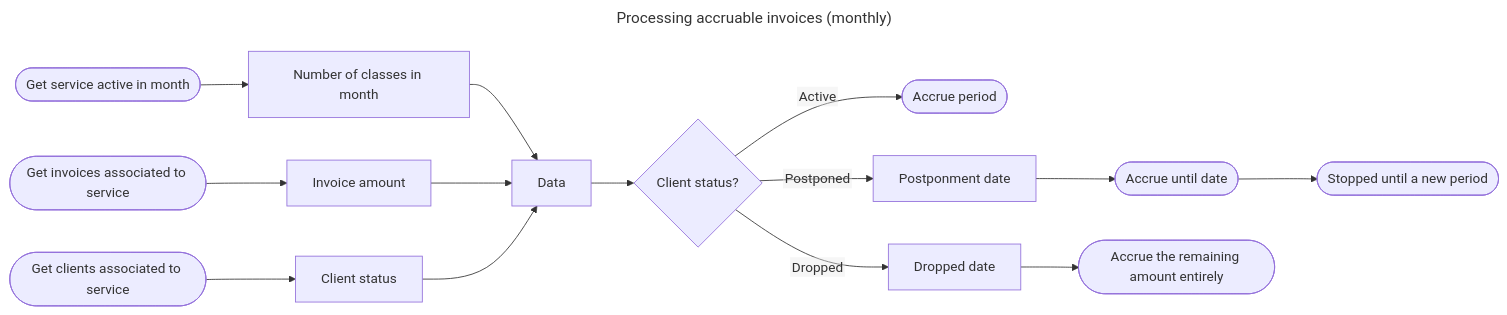
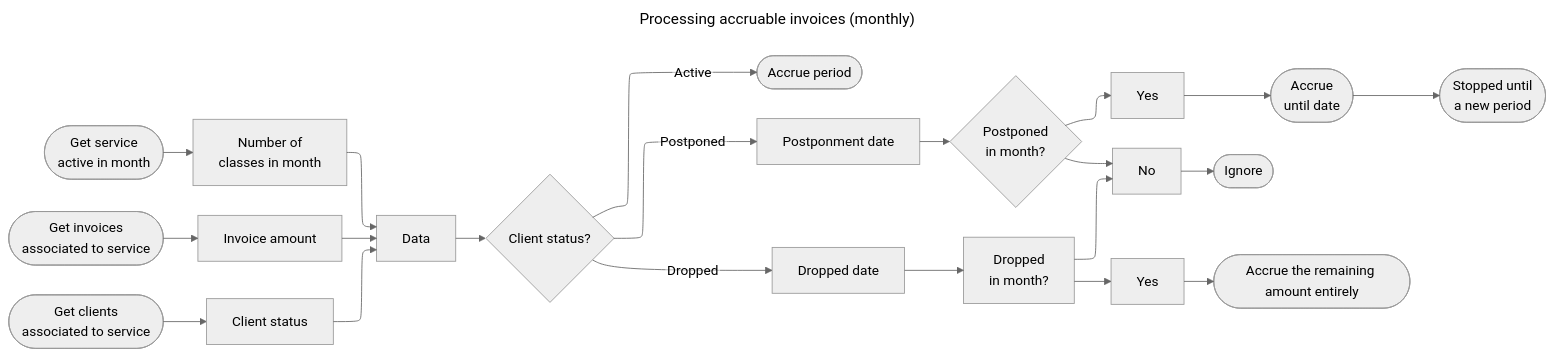
The second of 2 diagrams in README.md (marcogonzalo/devengo), drawn with Mermaid before and after one commit. The commit also changed other lines of this file, not shown here.

````diff
--- a/README.md
+++ b/README.md
@@ -74,26 +81,41 @@
 ```mermaid
 ---
 title: Processing accruable invoices (monthly)
+config:
+  layout: elk
+  theme: neutral
 ---
 %%{init: {"flowchart": {"htmlLabels": false}} }%%
 flowchart LR;
-    prepare_services(["Get service active in month"])
-    prepare_invoices(["Get invoices associated to service"])
-    prepare_clients(["Get clients associated to service"])
+    prepare_services(["Get service
+active in month"])
+    prepare_invoices(["Get invoices
+associated to service"])
+    prepare_clients(["Get clients
+associated to service"])
     accrue_period(["Accrue period"])
     
-    prepare_services-->classes["Number of classes in month"]
+    prepare_services-->classes["Number of
+classes in month"]
     classes-->Data
     prepare_invoices-->amount["Invoice amount"]
     amount-->Data    
     prepare_clients-->status["Client status"]
     status-->Data
 
     Data-->check_status{"Client status?"}
     check_status--Active-->accrue_period
     check_status--Postponed-->postponment_date["Postponment date"]
+    postponment_date-->postponed_in_month{"Postponed
+in month?"}
+    postponed_in_month-->Yes_postponed["Yes"]-->accrue_until_date(["Accrue
+until date"])
+    accrue_until_date-->stop(["Stopped until
+a new period"])
+    postponed_in_month-->No
     check_status--Dropped-->dropout_date["Dropped date"]
-    postponment_date-->accrue_until_date(["Accrue until date"])
-    accrue_until_date-->stop(["Stopped until a new period"])
-    dropout_date-->accrue_remaining(["Accrue the remaining amount entirely"])
+    dropout_date-->dropped_in_month["Dropped
+in month?"]
+    dropped_in_month-->No-->ignore(["Ignore"])
+    dropped_in_month-->Yes_dropped["Yes"]-->accrue_remaining(["Accrue the remaining amount entirely"])
 ```
````
